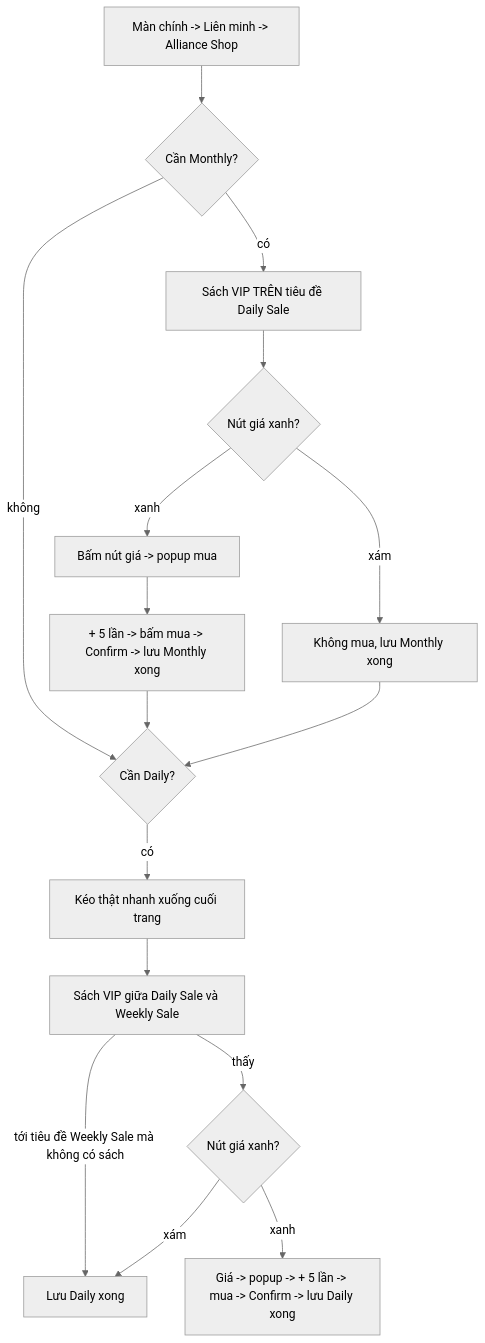
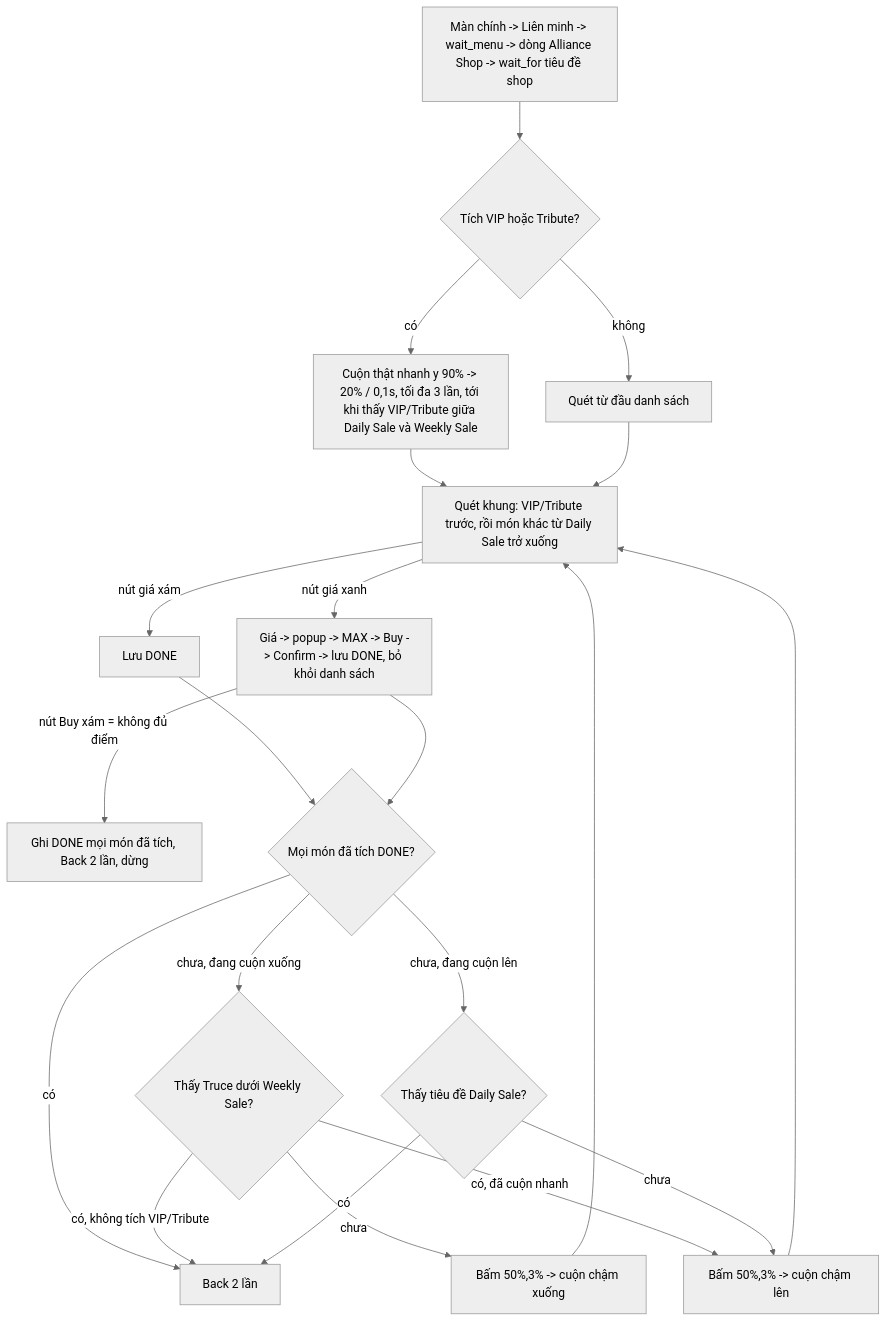
Before and after one commit to Hoangkz/EvonyBot: the diagram in bot/activities/daily_activities/alliance_vip/FLOW.md, drawn with Mermaid (neutral theme). The commit also changed other lines of this file and 9 other files, not shown here.

````diff
--- a/bot/activities/daily_activities/alliance_vip/FLOW.md
+++ b/bot/activities/daily_activities/alliance_vip/FLOW.md
@@ -10,18 +10,21 @@
 ```mermaid
 flowchart TD
-    A[Màn chính -> Liên minh -> Alliance Shop] --> B{Cần Monthly?}
-    B -->|có| C[Sách VIP TRÊN tiêu đề Daily Sale]
-    C --> D{Nút giá xanh?}
-    D -->|xám| E[Không mua, lưu Monthly xong]
-    D -->|xanh| F[Bấm nút giá -> popup mua]
-    F --> G[+ 5 lần -> bấm mua -> Confirm -> lưu Monthly xong]
-    E --> H
-    G --> H{Cần Daily?}
-    B -->|không| H
-    H -->|có| I[Kéo thật nhanh xuống cuối trang]
-    I --> J[Sách VIP giữa Daily Sale và Weekly Sale]
-    J -->|thấy| D2{Nút giá xanh?}
-    D2 -->|xám| K[Lưu Daily xong]
-    D2 -->|xanh| L[Giá -> popup -> + 5 lần -> mua -> Confirm -> lưu Daily xong]
-    J -->|tới tiêu đề Weekly Sale mà không có sách| K
+    A[Màn chính -> Liên minh -> wait_menu -> dòng Alliance Shop -> wait_for tiêu đề shop] --> B{Tích VIP hoặc Tribute?}
+    B -->|có| C[Cuộn thật nhanh y 90% -> 20% / 0,1s, tối đa 3 lần, tới khi thấy VIP/Tribute giữa Daily Sale và Weekly Sale]
+    B -->|không| D[Quét từ đầu danh sách]
+    C --> E[Quét khung: VIP/Tribute trước, rồi món khác từ Daily Sale trở xuống]
+    D --> E
+    E -->|nút giá xám| F[Lưu DONE]
+    E -->|nút giá xanh| G[Giá -> popup -> MAX -> Buy -> Confirm -> lưu DONE, bỏ khỏi danh sách]
+    G -->|nút Buy xám = không đủ điểm| N[Ghi DONE mọi món đã tích, Back 2 lần, dừng]
+    F --> H{Mọi món đã tích DONE?}
+    G --> H
+    H -->|có| I[Back 2 lần]
+    H -->|chưa, đang cuộn xuống| J{Thấy Truce dưới Weekly Sale?}
+    J -->|chưa| K[Bấm 50%,3% -> cuộn chậm xuống] --> E
+    J -->|có, không tích VIP/Tribute| I
+    J -->|có, đã cuộn nhanh| L[Bấm 50%,3% -> cuộn chậm lên] --> E
+    H -->|chưa, đang cuộn lên| M{Thấy tiêu đề Daily Sale?}
+    M -->|có| I
+    M -->|chưa| L
 ```
````
